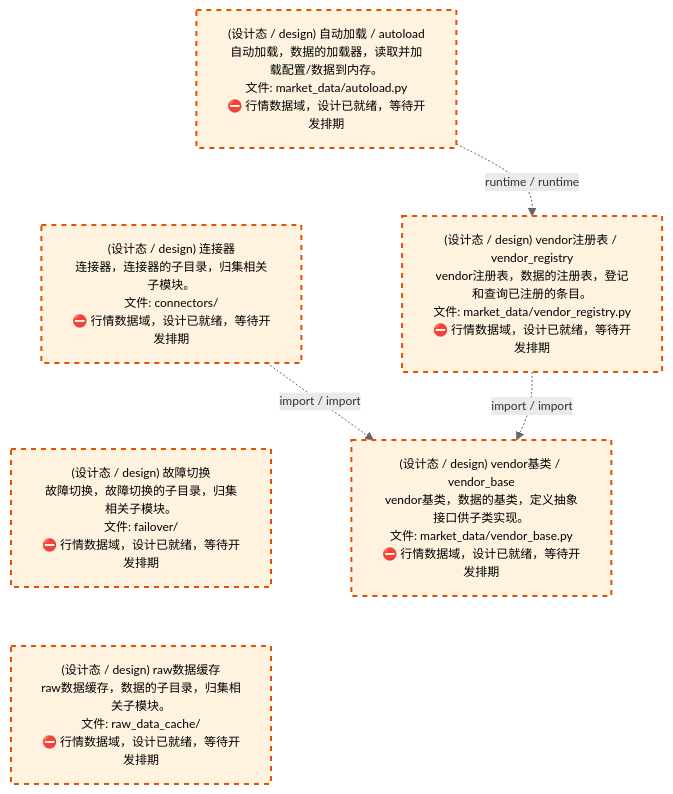
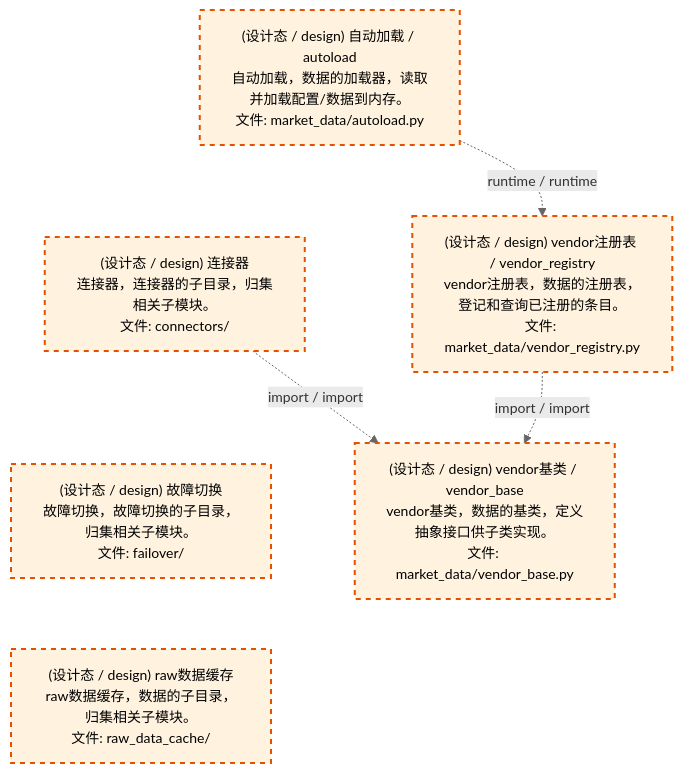
One commit to xuanFelixVan/ZephyrAlpha changed the third of 4 diagrams in docs/02_enterprise_architecture/02_domain_architecture_docs/23_d_mkt_data.md. Above: the diagram before and after it, drawn with Mermaid. The commit also changed other lines of this file and 61 other files, not shown here.

````diff
--- a/docs/02_enterprise_architecture/02_domain_architecture_docs/23_d_mkt_data.md
+++ b/docs/02_enterprise_architecture/02_domain_architecture_docs/23_d_mkt_data.md
@@ -143,21 +143,21 @@
 ```mermaid
-%%{init: {'theme': 'base', 'themeVariables': {'primaryColor': '#eaeaea', 'primaryTextColor': '#333333', 'primaryBorderColor': '#666666', 'lineColor': '#666666', 'secondaryColor': '#eaeaea', 'tertiaryColor': '#eaeaea', 'fontSize': '12px'}}}%%
+%%{init: {'theme': 'base', 'themeVariables': {'primaryColor': '#eaeaea', 'primaryTextColor': '#333333', 'primaryBorderColor': '#666666', 'lineColor': '#666666', 'secondaryColor': '#eaeaea', 'tertiaryColor': '#eaeaea', 'fontSize': '14px'}}}%%
 flowchart TD
-    src_zephyr_market_data_autoload_py["(设计态 / design) 自动加载 / autoload<br/>自动加载，数据的加载器，读取并加载配置/数据到内存。<br/>文件: market_data/autoload.py<br/>⛔ 行情数据域，设计已就绪，等待开发排期"]
-    src_zephyr_market_data_connectors["(设计态 / design) 连接器<br/>连接器，连接器的子目录，归集相关子模块。<br/>文件: connectors/<br/>⛔ 行情数据域，设计已就绪，等待开发排期"]
-    src_zephyr_market_data_failover["(设计态 / design) 故障切换<br/>故障切换，故障切换的子目录，归集相关子模块。<br/>文件: failover/<br/>⛔ 行情数据域，设计已就绪，等待开发排期"]
-    src_zephyr_market_data_raw_data_cache["(设计态 / design) raw数据缓存<br/>raw数据缓存，数据的子目录，归集相关子模块。<br/>文件: raw_data_cache/<br/>⛔ 行情数据域，设计已就绪，等待开发排期"]
+    src_zephyr_market_data_autoload_py["(设计态 / design) 自动加载 / autoload<br/>自动加载，数据的加载器，读取并加载配置/数据到内存。<br/>文件: market_data/autoload.py"]
+    src_zephyr_market_data_connectors["(设计态 / design) 连接器<br/>连接器，连接器的子目录，归集相关子模块。<br/>文件: connectors/"]
+    src_zephyr_market_data_failover["(设计态 / design) 故障切换<br/>故障切换，故障切换的子目录，归集相关子模块。<br/>文件: failover/"]
+    src_zephyr_market_data_raw_data_cache["(设计态 / design) raw数据缓存<br/>raw数据缓存，数据的子目录，归集相关子模块。<br/>文件: raw_data_cache/"]
     src_zephyr_market_data_autoload_py ~~~ src_zephyr_market_data_connectors
     src_zephyr_market_data_connectors ~~~ src_zephyr_market_data_failover
     src_zephyr_market_data_failover ~~~ src_zephyr_market_data_raw_data_cache
-    src_zephyr_market_data_vendor_registry_py["(设计态 / design) vendor注册表 / vendor_registry<br/>vendor注册表，数据的注册表，登记和查询已注册的条目。<br/>文件: market_data/vendor_registry.py<br/>⛔ 行情数据域，设计已就绪，等待开发排期"]
-    src_zephyr_market_data_vendor_base_py["(设计态 / design) vendor基类 / vendor_base<br/>vendor基类，数据的基类，定义抽象接口供子类实现。<br/>文件: market_data/vendor_base.py<br/>⛔ 行情数据域，设计已就绪，等待开发排期"]
+    src_zephyr_market_data_vendor_registry_py["(设计态 / design) vendor注册表 / vendor_registry<br/>vendor注册表，数据的注册表，登记和查询已注册的条目。<br/>文件: market_data/vendor_registry.py"]
+    src_zephyr_market_data_vendor_base_py["(设计态 / design) vendor基类 / vendor_base<br/>vendor基类，数据的基类，定义抽象接口供子类实现。<br/>文件: market_data/vendor_base.py"]
     src_zephyr_market_data_vendor_registry_py -.->|import / import| src_zephyr_market_data_vendor_base_py
     src_zephyr_market_data_connectors -.->|import / import| src_zephyr_market_data_vendor_base_py
     src_zephyr_market_data_autoload_py -.->|runtime / runtime| src_zephyr_market_data_vendor_registry_py
     classDef production fill:#e1f5fe,stroke:#01579b,stroke-width:2px,color:#000
     classDef design fill:#fff3e0,stroke:#e65100,stroke-width:2px,color:#000,stroke-dasharray: 5 5
     classDef external_prod fill:#e8f4fd,stroke:#0277bd,stroke-width:1px,color:#000
     classDef external_design fill:#fff8e7,stroke:#ef6c00,stroke-width:1px,color:#000,stroke-dasharray: 5 5
     class src_zephyr_market_data_autoload_py,src_zephyr_market_data_connectors,src_zephyr_market_data_failover,src_zephyr_market_data_raw_data_cache,src_zephyr_market_data_vendor_base_py,src_zephyr_market_data_vendor_registry_py design
 ```
````
